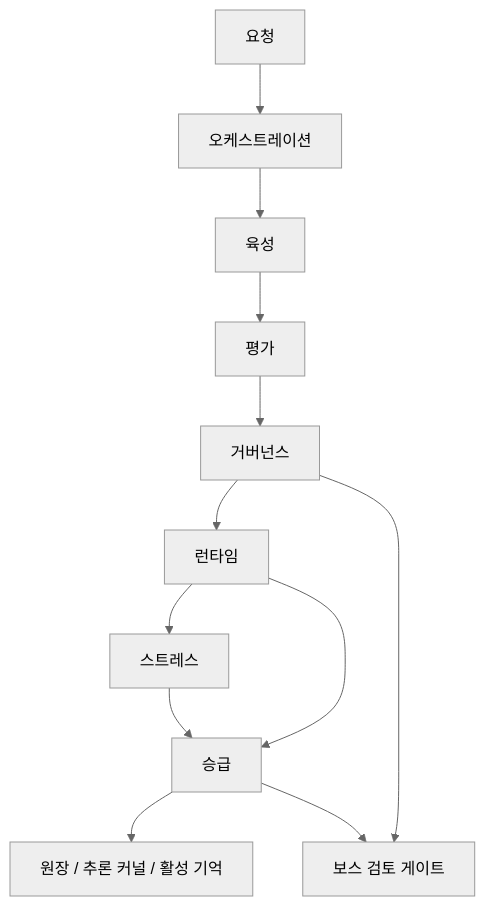
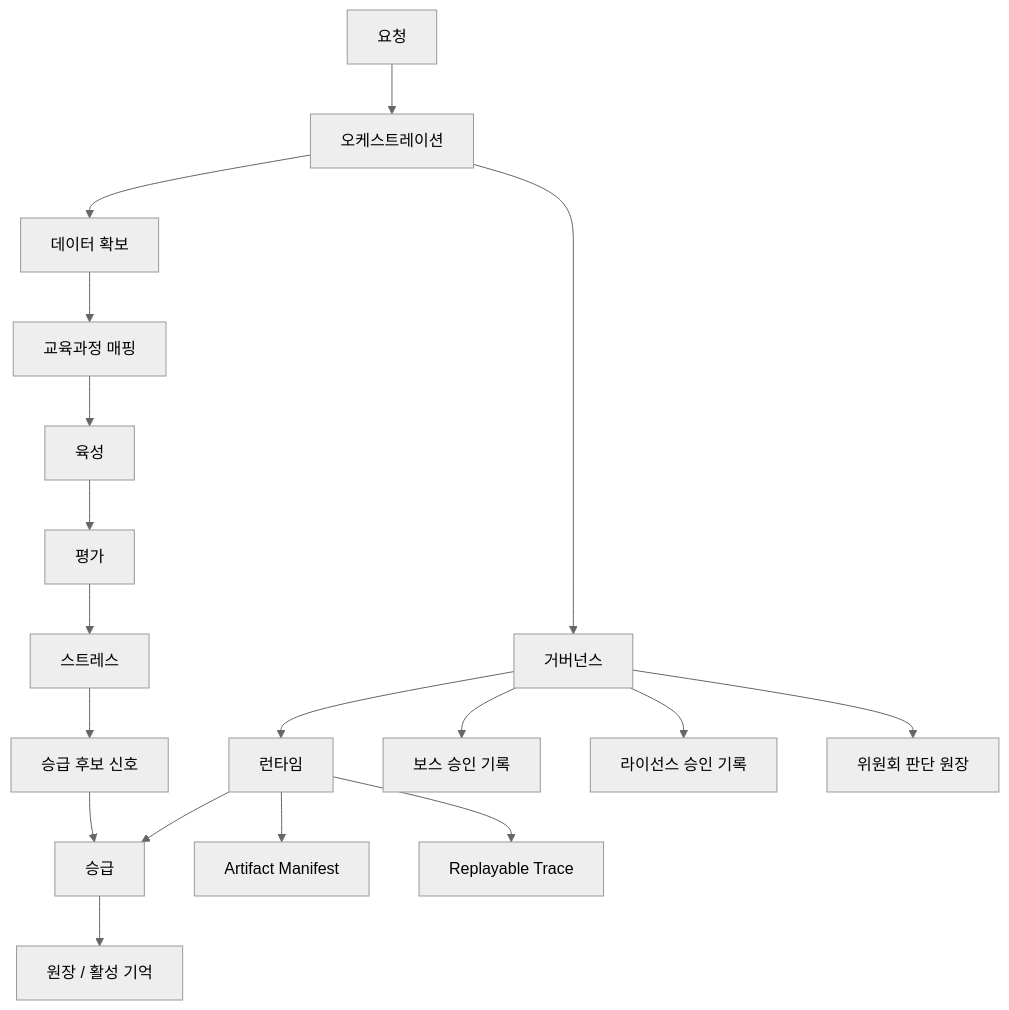
One commit to sinmb79/22b-paideia-engines changed the diagram in docs/architecture.ko.md. Above: the diagram before and after it, drawn with Mermaid (neutral theme). The commit also changed other lines of this file and 13 other files, not shown here.

````diff
--- a/docs/architecture.ko.md
+++ b/docs/architecture.ko.md
@@ -7,14 +7,20 @@
 ```mermaid
 flowchart TD
   A["요청"] --> O["오케스트레이션"]
-  O --> C["육성"]
+  O --> DA["데이터 확보"]
+  DA --> CM["교육과정 매핑"]
+  CM --> C["육성"]
   C --> AS["평가"]
-  AS --> G["거버넌스"]
+  AS --> S["스트레스"]
+  S --> PS["승급 후보 신호"]
+  PS --> P["승급"]
+  O --> G["거버넌스"]
   G --> R["런타임"]
-  R --> S["스트레스"]
-  S --> P["승급"]
+  R --> AM["Artifact Manifest"]
+  R --> RT["Replayable Trace"]
   R --> P
-  P --> M["원장 / 추론 커널 / 활성 기억"]
-  G --> B["보스 검토 게이트"]
-  P --> B
+  P --> M["원장 / 활성 기억"]
+  G --> B["보스 승인 기록"]
+  G --> L["라이선스 승인 기록"]
+  G --> CD["위원회 판단 원장"]
 ```
````
